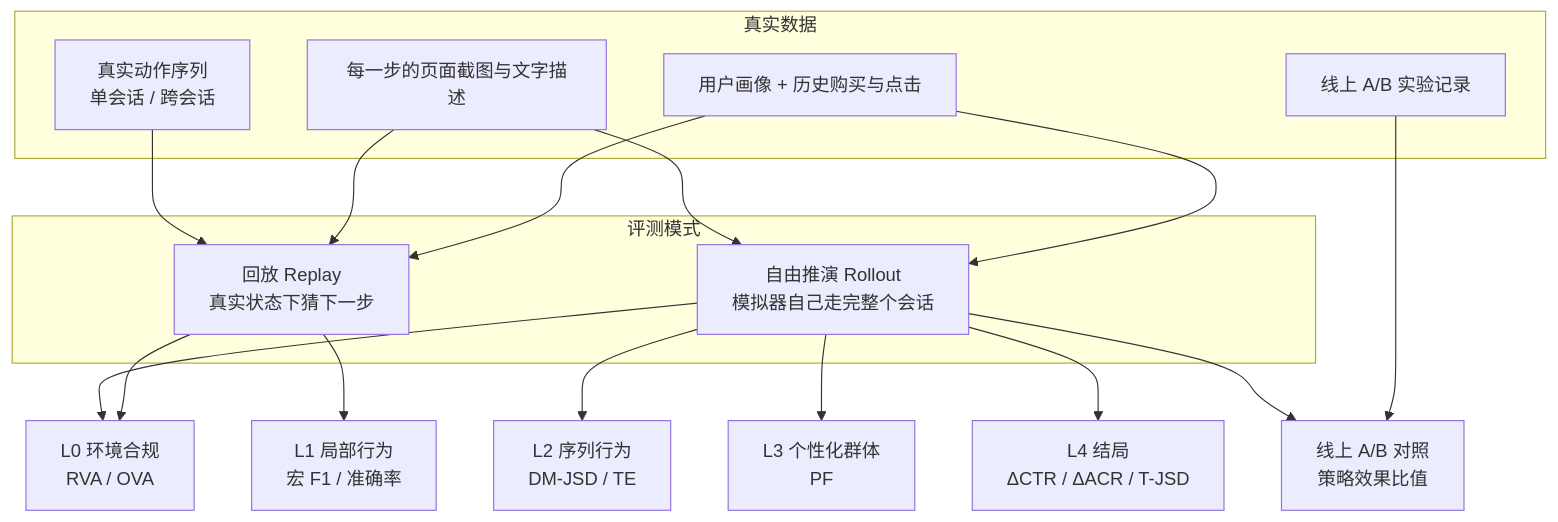
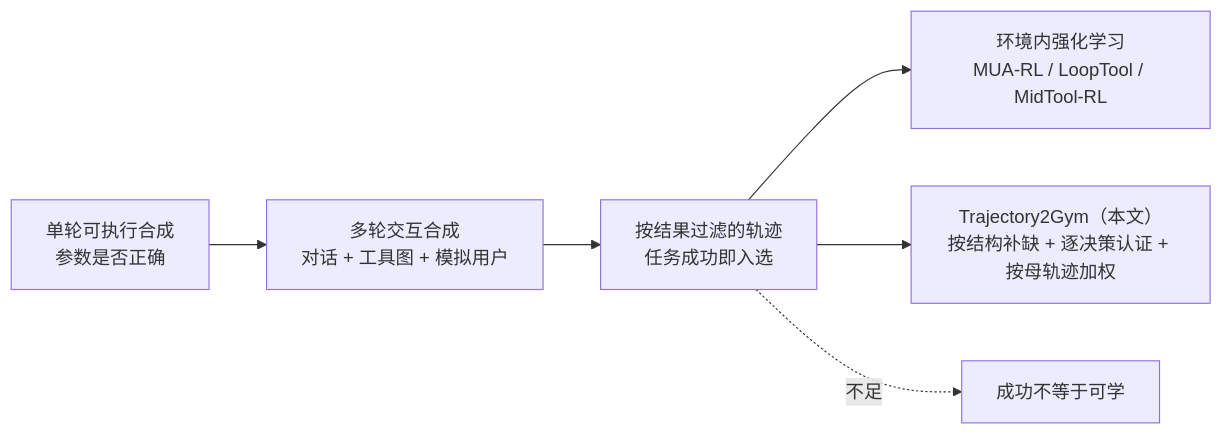
Before and after one commit to yingwang/paper-reads: the second of 6 diagrams in docs/index.md, drawn with Mermaid. The commit also changed other lines of this file and 2 other files, not shown here.

First line of the commit message:
Add 2026-10-27-trajectory2gym-decision-grounded-interaction-synthesis

````diff
--- a/docs/index.md
+++ b/docs/index.md
@@ -131,26 +74,8 @@
 ```mermaid
-flowchart TB
-    subgraph 数据["真实数据"]
-        D1["用户画像 + 历史购买与点击"]
-        D2["每一步的页面截图与文字描述"]
-        D3["真实动作序列<br/>单会话 / 跨会话"]
-        D4["线上 A/B 实验记录"]
-    end
-    subgraph 模式["评测模式"]
-        R["回放 Replay<br/>真实状态下猜下一步"]
-        O["自由推演 Rollout<br/>模拟器自己走完整个会话"]
-    end
-    D1 --> R
-    D2 --> R
-    D3 --> R
-    D1 --> O
-    D2 --> O
-    R --> L0["L0 环境合规<br/>RVA / OVA"]
-    O --> L0
-    R --> L1["L1 局部行为<br/>宏 F1 / 准确率"]
-    O --> L2["L2 序列行为<br/>DM-JSD / TE"]
-    O --> L3["L3 个性化群体<br/>PF"]
-    O --> L4["L4 结局<br/>ΔCTR / ΔACR / T-JSD"]
-    D4 --> AB["线上 A/B 对照<br/>策略效果比值"]
-    O --> AB
+flowchart LR
+    A["单轮可执行合成<br/>参数是否正确"] --> B["多轮交互合成<br/>对话 + 工具图 + 模拟用户"]
+    B --> C["按结果过滤的轨迹<br/>任务成功即入选"]
+    C --> D["环境内强化学习<br/>MUA-RL / LoopTool / MidTool-RL"]
+    C --> E["Trajectory2Gym（本文）<br/>按结构补缺 + 逐决策认证 + 按母轨迹加权"]
+    C -.->|"不足"| X["成功不等于可学"]
 ```
````
